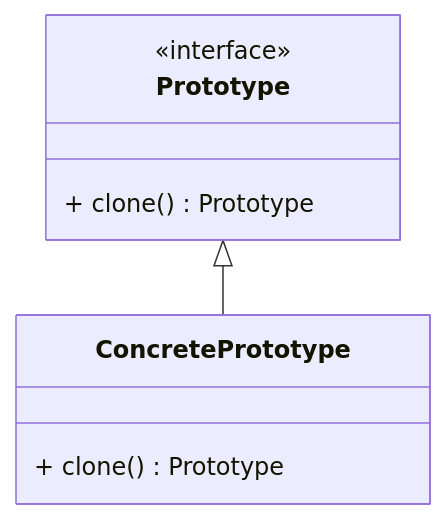
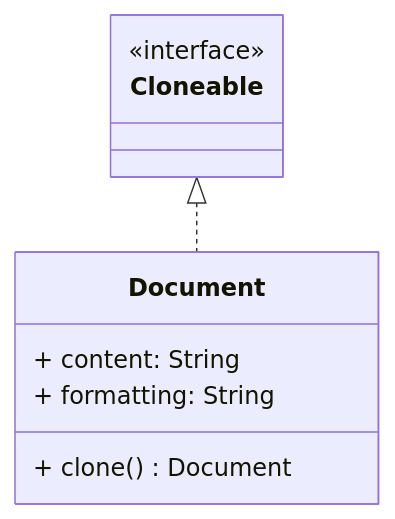
Before and after one commit to swapnilphalke97/Design-Pattern: the fifth of 22 diagrams in Readme.md, drawn with Mermaid. The commit also changed other lines of this file, not shown here.

Commit message:
Fix formatting and update examples in Readme.md

````diff
--- a/Readme.md
+++ b/Readme.md
@@ -187,11 +219,12 @@
 ```mermaid
 classDiagram
-    class Prototype {
+    class Cloneable {
         <<interface>>
-        + clone() Prototype
     }
-    class ConcretePrototype {
-        + clone() Prototype
+    class Document {
+        + content: String
+        + formatting: String
+        + clone() Document
     }
-    Prototype <|-- ConcretePrototype
+    Cloneable <|.. Document
 ```
````
